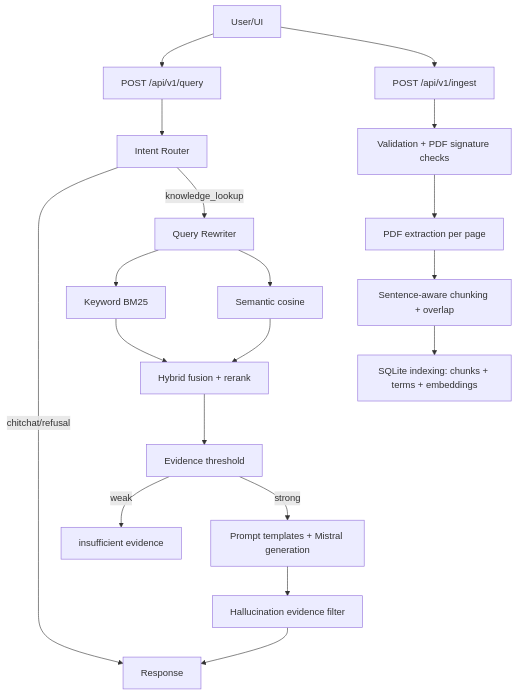
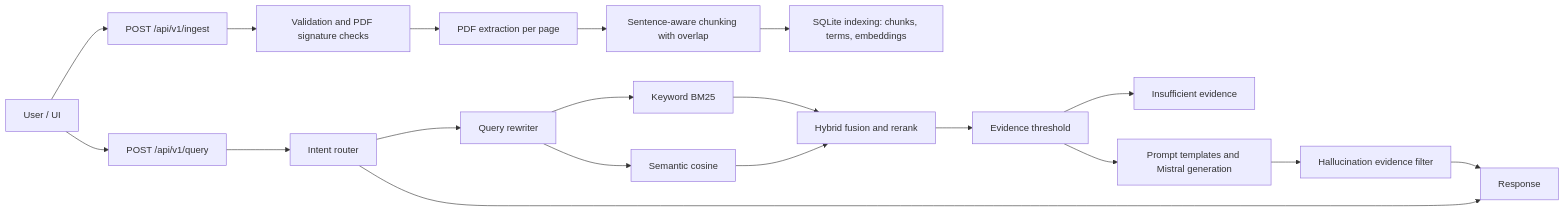
The diagram in README.md (kyueran/stack-ai-rag), drawn with Mermaid before and after one commit. The commit also changed other lines of this file, not shown here.

Commit message:
docs(readme): fix architecture diagram rendering and venv install guidance

````diff
--- a/README.md
+++ b/README.md
@@ -34,23 +34,32 @@
 ```mermaid
-flowchart TD
-    U[User/UI] --> Q[POST /api/v1/query]
-    U --> I[POST /api/v1/ingest]
+flowchart LR
+    user["User / UI"]
+    ingest["POST /api/v1/ingest"]
+    query["POST /api/v1/query"]
+    validate["Validation and PDF signature checks"]
+    extract["PDF extraction per page"]
+    chunk["Sentence-aware chunking with overlap"]
+    index["SQLite indexing: chunks, terms, embeddings"]
+    intent["Intent router"]
+    rewrite["Query rewriter"]
+    keyword["Keyword BM25"]
+    semantic["Semantic cosine"]
+    fusion["Hybrid fusion and rerank"]
+    threshold["Evidence threshold"]
+    insufficient["Insufficient evidence"]
+    generate["Prompt templates and Mistral generation"]
+    verify["Hallucination evidence filter"]
+    response["Response"]
 
-    I --> V[Validation + PDF signature checks]
-    V --> E[PDF extraction per page]
-    E --> C[Sentence-aware chunking + overlap]
-    C --> IDX[SQLite indexing: chunks + terms + embeddings]
-
-    Q --> IR[Intent Router]
-    IR -->|chitchat/refusal| RESP[Response]
-    IR -->|knowledge_lookup| RW[Query Rewriter]
-    RW --> KR[Keyword BM25]
-    RW --> SR[Semantic cosine]
-    KR --> FUS[Hybrid fusion + rerank]
-    SR --> FUS
-    FUS --> TH[Evidence threshold]
-    TH -->|weak| IE[insufficient evidence]
-    TH -->|strong| GEN[Prompt templates + Mistral generation]
-    GEN --> HF[Hallucination evidence filter]
-    HF --> RESP
+    user --> ingest
+    user --> query
+    ingest --> validate --> extract --> chunk --> index
+    query --> intent
+    intent --> rewrite
+    intent --> response
+    rewrite --> keyword --> fusion
+    rewrite --> semantic --> fusion
+    fusion --> threshold
+    threshold --> insufficient
+    threshold --> generate --> verify --> response
 ```
````
